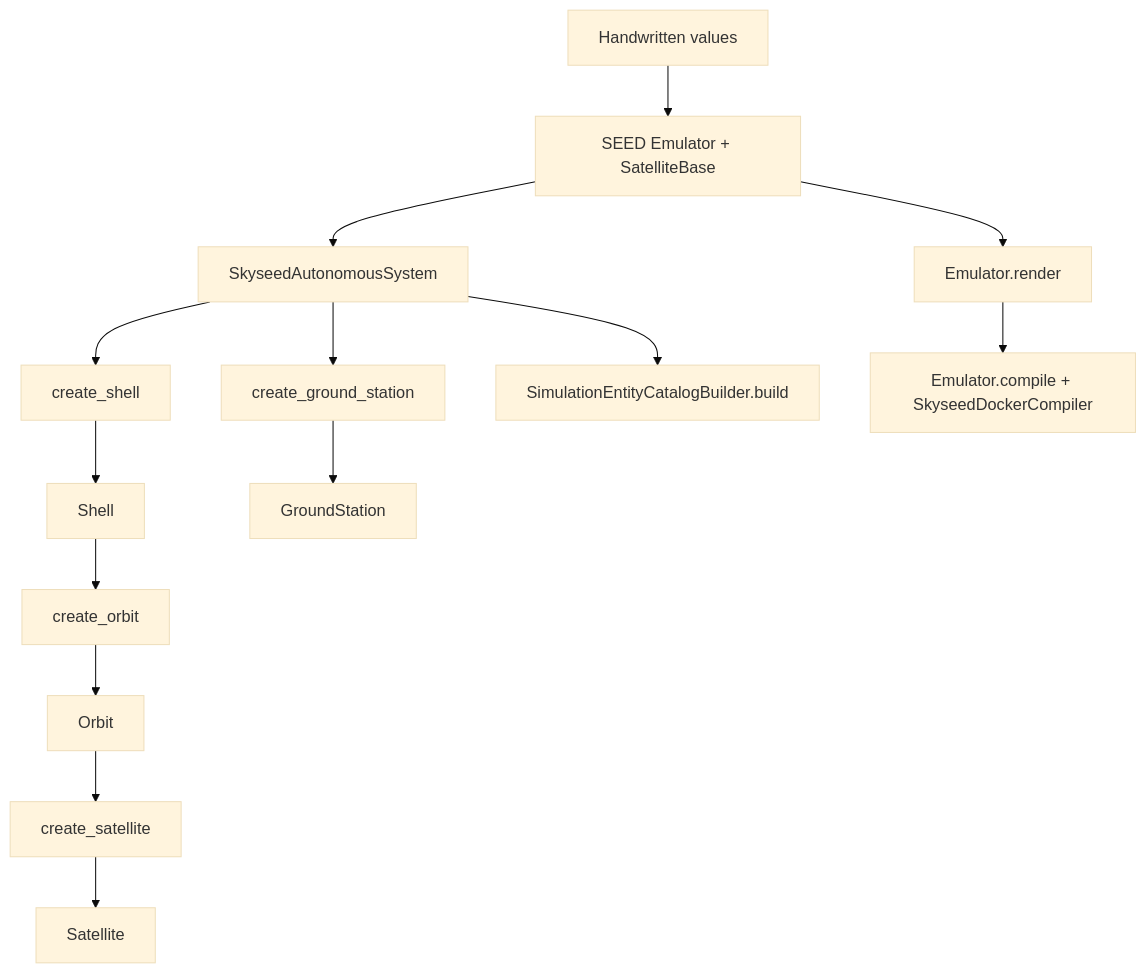
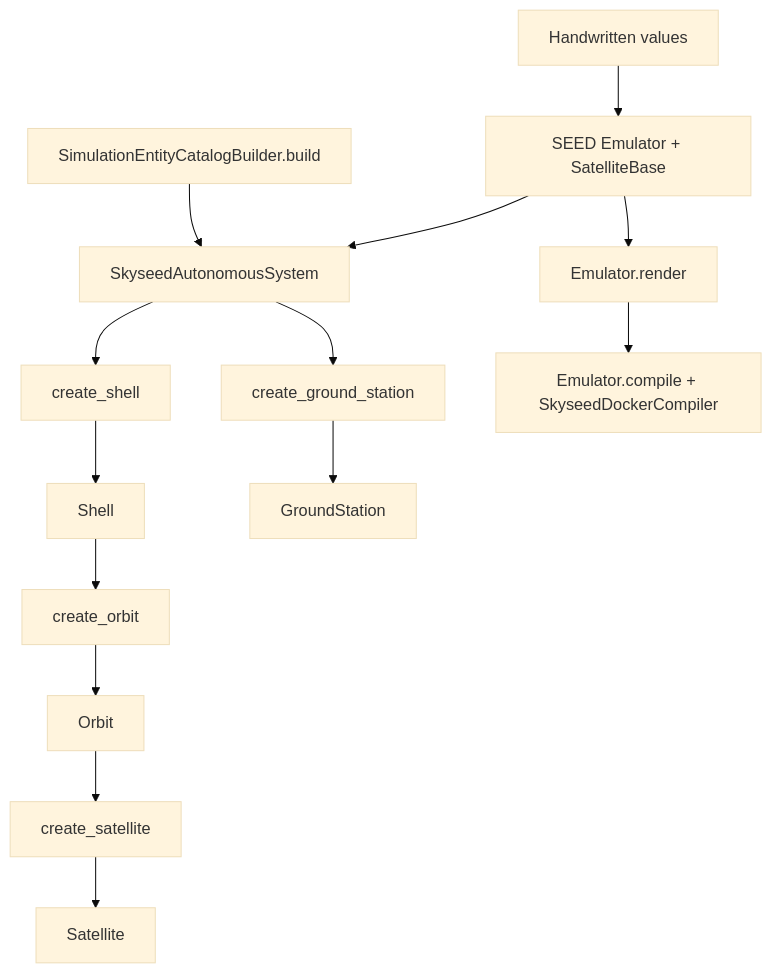
The second of 4 diagrams in skyseed_v2/docs/architecture/emulator-public-construction-api.md (seed-labs/skyseed), drawn with Mermaid (base theme) before and after one commit. The commit also changed other lines of this file and 43 other files, not shown here.

Commit message:
Finalize Emulator terminology and architecture traceability

````diff
--- a/skyseed_v2/docs/architecture/emulator-public-construction-api.md
+++ b/skyseed_v2/docs/architecture/emulator-public-construction-api.md
@@ -277,24 +306,24 @@
 ```mermaid
 flowchart TD
     Values[Handwritten values]
     Emulator[SEED Emulator + SatelliteBase]
     AS[SkyseedAutonomousSystem]
     CreateShell[create_shell]
     Shell[Shell]
     CreateOrbit[create_orbit]
     Orbit[Orbit]
     CreateSatellite[create_satellite]
     Satellite[Satellite]
     CreateGS[create_ground_station]
     GS[GroundStation]
     Catalog[SimulationEntityCatalogBuilder.build]
     Render[Emulator.render]
     Compile[Emulator.compile + SkyseedDockerCompiler]
 
     Values --> Emulator --> AS
     AS --> CreateShell --> Shell --> CreateOrbit --> Orbit
     Orbit --> CreateSatellite --> Satellite
     AS --> CreateGS --> GS
-    AS --> Catalog
+    Catalog --> AS
     Emulator --> Render --> Compile
 ```
````
